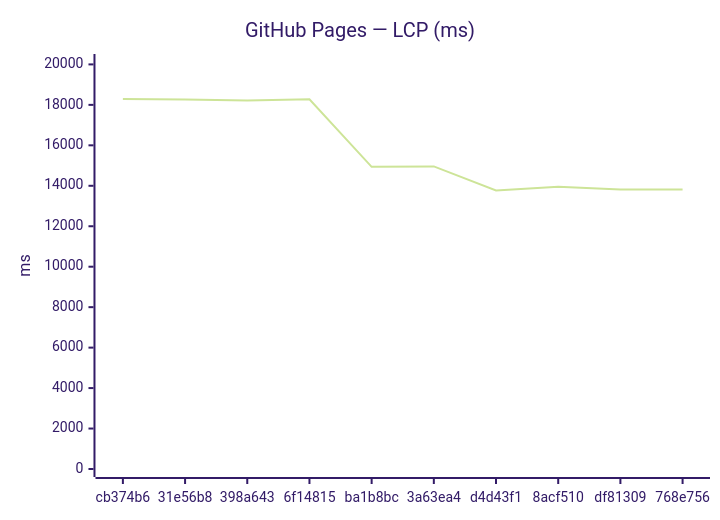
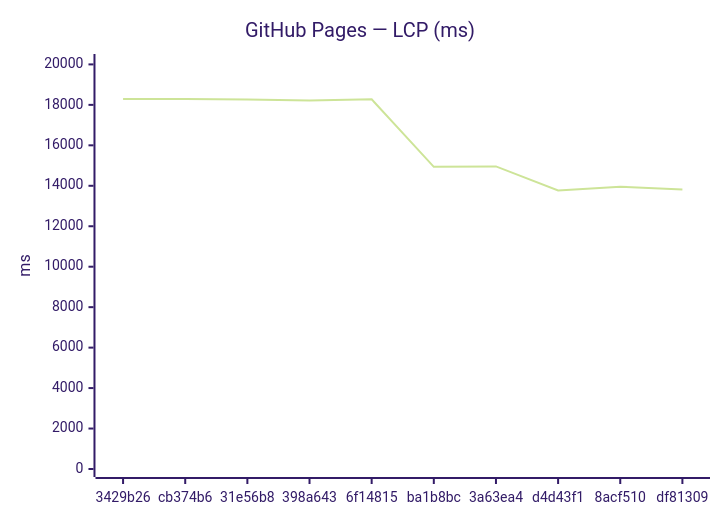
Before and after one commit to Metaheurist/Rianell: the third of 18 diagrams in benchmarks/compare.md, drawn with Mermaid (forest theme). The commit also changed other lines of this file and 11 other files, not shown here.

````diff
--- a/benchmarks/compare.md
+++ b/benchmarks/compare.md
@@ -54,7 +54,7 @@
 ```mermaid
 xychart-beta
     title "GitHub Pages — LCP (ms)"
-    x-axis ["cb374b6", "31e56b8", "398a643", "6f14815", "ba1b8bc", "3a63ea4", "d4d43f1", "8acf510", "df81309", "768e756"]
+    x-axis ["3429b26", "cb374b6", "31e56b8", "398a643", "6f14815", "ba1b8bc", "3a63ea4", "d4d43f1", "8acf510", "df81309"]
     y-axis "ms" 0 --> 20119
-    line [18290, 18265, 18222, 18275, 14936, 14957, 13769, 13952, 13820, 13811]
+    line [18287, 18290, 18265, 18222, 18275, 14936, 14957, 13769, 13952, 13820]
 ```
````
